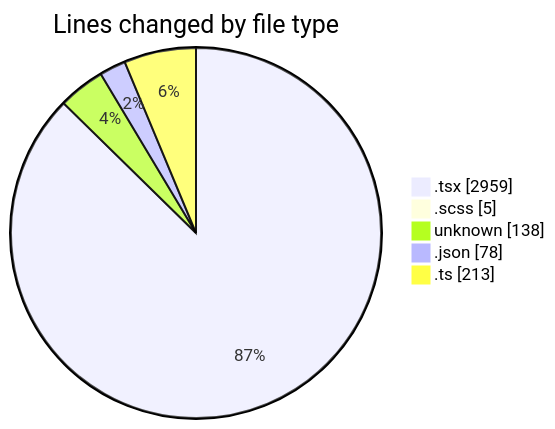
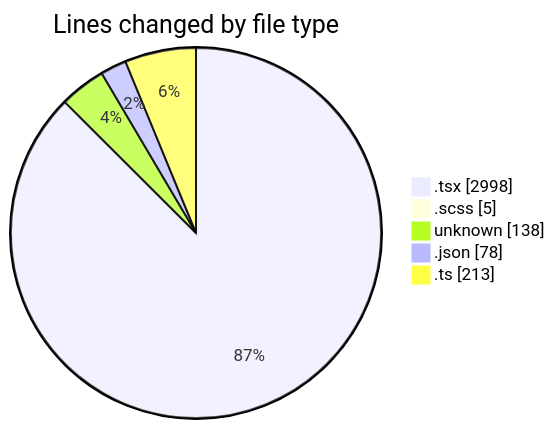
One commit to momahboobian/code-tracking changed the first of 2 diagrams in 2026-10-13/cda/README.md. Above: the diagram before and after it, drawn with Mermaid. The commit also changed other lines of this file and 1 other file, not shown here.

````diff
--- a/2026-10-13/cda/README.md
+++ b/2026-10-13/cda/README.md
@@ -38,9 +39,9 @@
 ```mermaid
 pie showData
 title Lines changed by file type
-".tsx" : 2959
+".tsx" : 2998
 ".scss" : 5
 "unknown" : 138
 ".json" : 78
 ".ts" : 213
 ```
````
